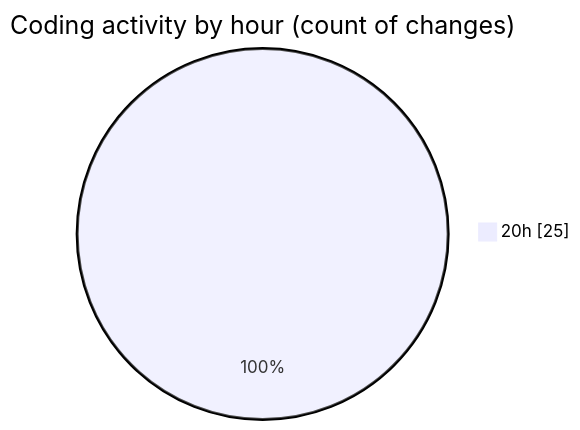
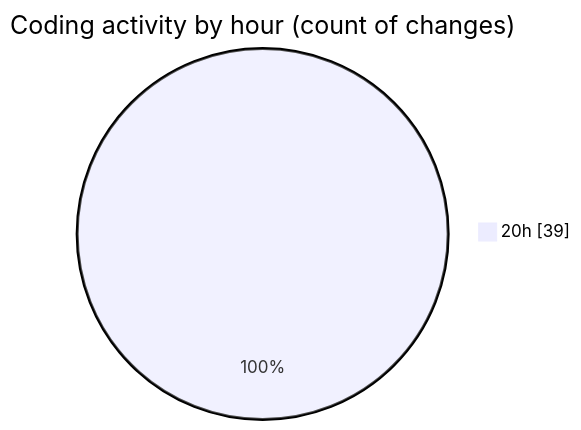
The second of 2 diagrams in 2025-07-19/mern-workoutboard/README.md (Ritupan-Deka/code-tracking), drawn with Mermaid before and after one commit. The commit also changed other lines of this file and 1 other file, not shown here.

````diff
--- a/2025-07-19/mern-workoutboard/README.md
+++ b/2025-07-19/mern-workoutboard/README.md
@@ -29,5 +29,5 @@
 ```mermaid
 pie showData
 title Coding activity by hour (count of changes)
-"20h" : 25
+"20h" : 39
 ```
````
